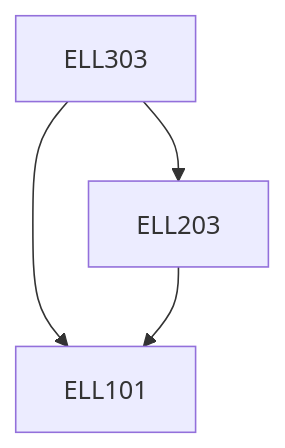
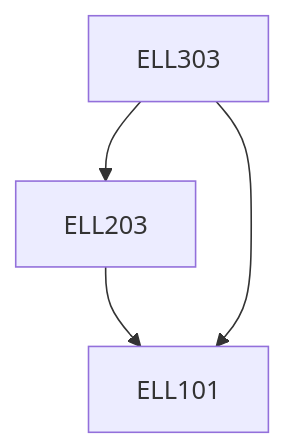
The diagram in content/Electrical Engineering/ELL303.md (KeshavBansal0122/CoS_Website), drawn with Mermaid before and after one commit. The commit also changed other lines of this file and 2662 other files, not shown here.

````diff
--- a/content/Electrical Engineering/ELL303.md
+++ b/content/Electrical Engineering/ELL303.md
@@ -13,10 +13,10 @@
 ```mermaid
 flowchart TD
 ELL303-312[ELL303]
-ELL303-312 --> ELL101-312[ELL101]
 ELL303-312 --> ELL203-312[ELL203]
 ELL203-312 --> ELL101-312[ELL101]
+ELL303-312 --> ELL101-312[ELL101]
 
 classDef empty height:17px, fill:transparent, stroke:transparent;
 classDef trueEmpty height:0px, width:0px;
 ```
````
